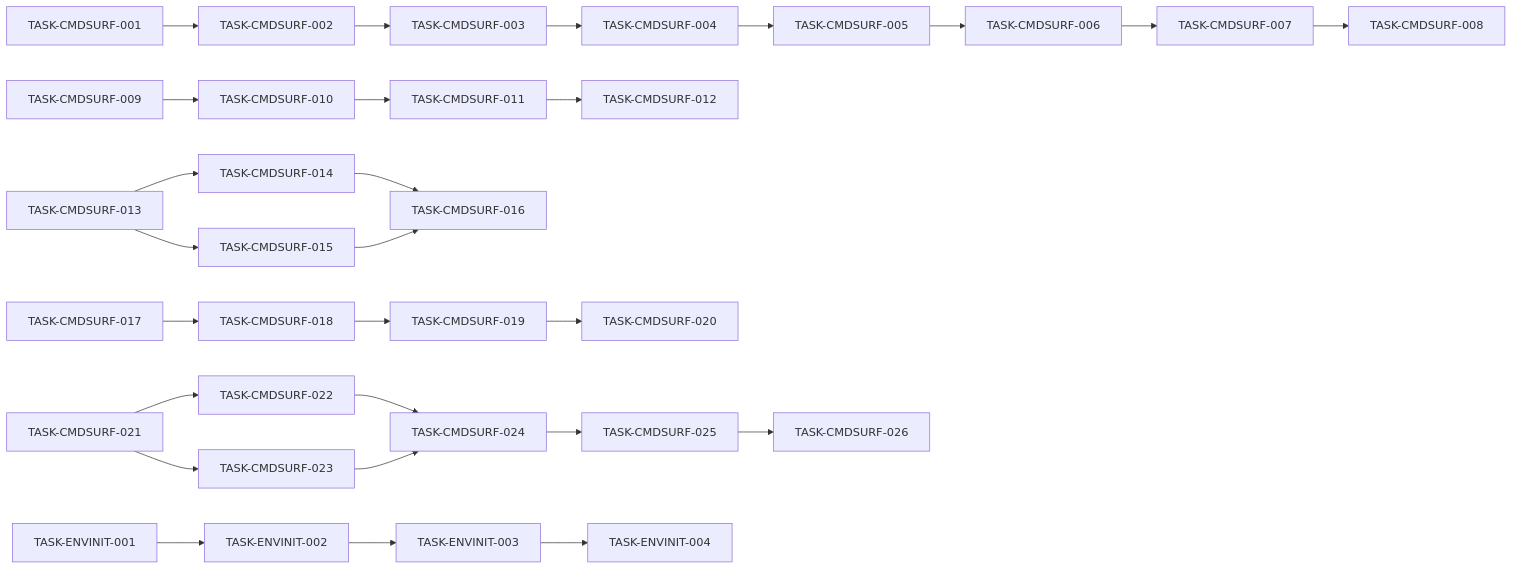
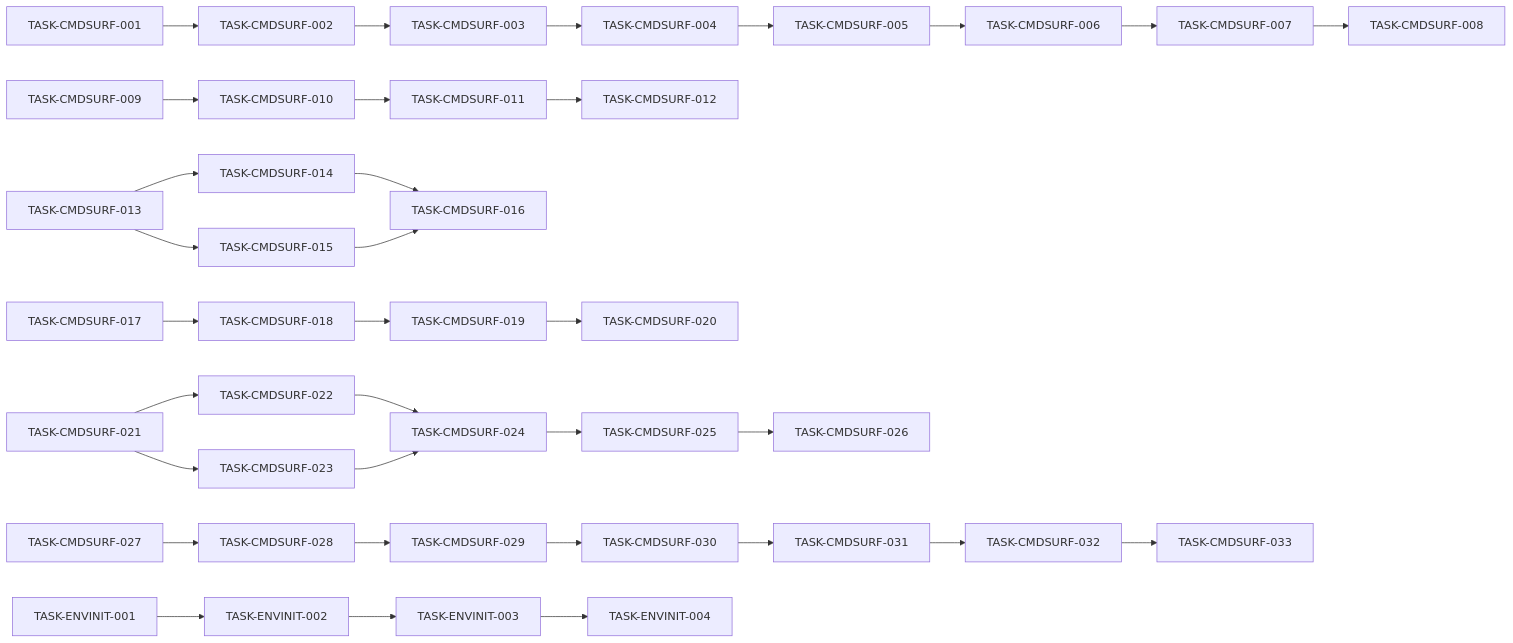
Before and after one commit to hollisyao2024/PromptsEngineering: the diagram in docs/data/task-dependency-matrix.md, drawn with Mermaid. The commit also changed other lines of this file and 33 other files, not shown here.

````diff
--- a/docs/data/task-dependency-matrix.md
+++ b/docs/data/task-dependency-matrix.md
@@ -31,29 +37,35 @@
 ```mermaid
 flowchart LR
   T1[TASK-CMDSURF-001] --> T2[TASK-CMDSURF-002]
   T2 --> T3[TASK-CMDSURF-003]
   T3 --> T4[TASK-CMDSURF-004]
   T4 --> T5[TASK-CMDSURF-005]
   T5 --> T6[TASK-CMDSURF-006]
   T6 --> T7[TASK-CMDSURF-007]
   T7 --> T8[TASK-CMDSURF-008]
   C9[TASK-CMDSURF-009] --> C10[TASK-CMDSURF-010]
   C10 --> C11[TASK-CMDSURF-011]
   C11 --> C12[TASK-CMDSURF-012]
   C13[TASK-CMDSURF-013] --> C14[TASK-CMDSURF-014]
   C13 --> C15[TASK-CMDSURF-015]
   C14 --> C16[TASK-CMDSURF-016]
   C15 --> C16
   W17[TASK-CMDSURF-017] --> W18[TASK-CMDSURF-018]
   W18 --> W19[TASK-CMDSURF-019]
   W19 --> W20[TASK-CMDSURF-020]
   H21[TASK-CMDSURF-021] --> H22[TASK-CMDSURF-022]
   H21 --> H23[TASK-CMDSURF-023]
   H22 --> H24[TASK-CMDSURF-024]
   H23 --> H24
   H24 --> H25[TASK-CMDSURF-025]
   H25 --> H26[TASK-CMDSURF-026]
+  X27[TASK-CMDSURF-027] --> X28[TASK-CMDSURF-028]
+  X28 --> X29[TASK-CMDSURF-029]
+  X29 --> X30[TASK-CMDSURF-030]
+  X30 --> X31[TASK-CMDSURF-031]
+  X31 --> X32[TASK-CMDSURF-032]
+  X32 --> X33[TASK-CMDSURF-033]
   E1[TASK-ENVINIT-001] --> E2[TASK-ENVINIT-002]
   E2 --> E3[TASK-ENVINIT-003]
   E3 --> E4[TASK-ENVINIT-004]
 ```
````
